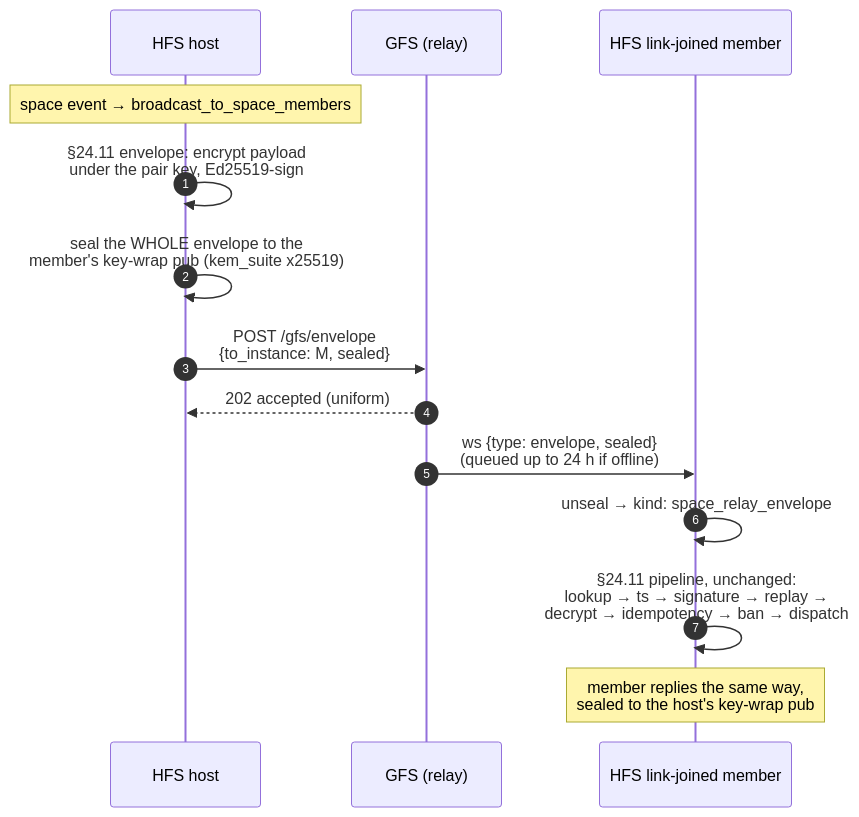
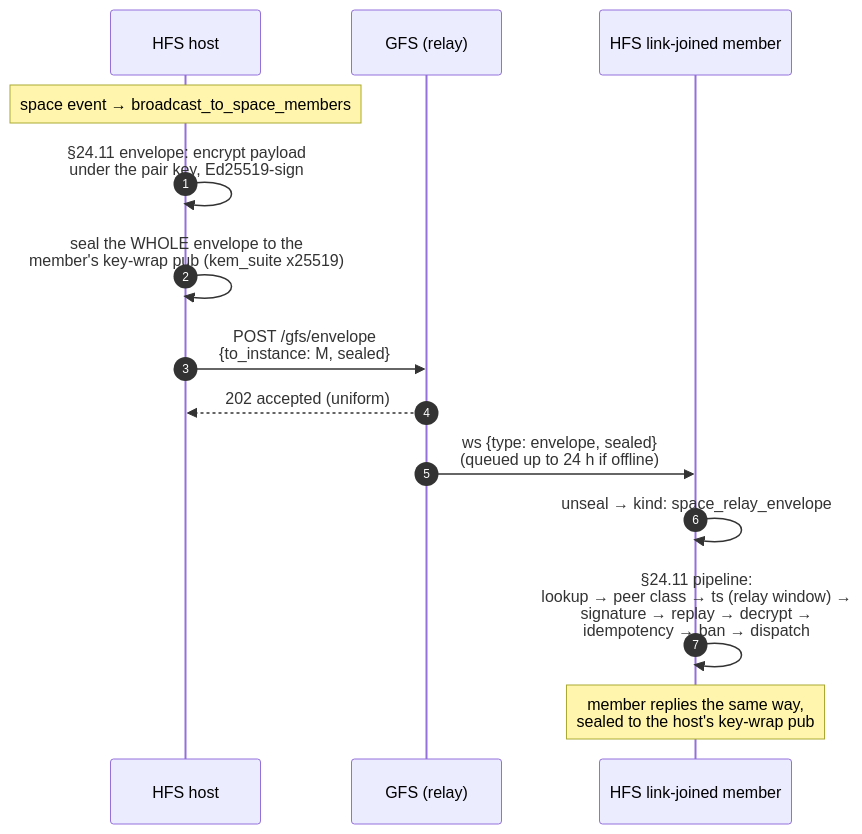
One commit to social-home-io/socialhome changed the third of 5 diagrams in docs/protocol/invites.md. Above: the diagram before and after it, drawn with Mermaid. The commit also changed other lines of this file and 26 other files, not shown here.

````diff
--- a/docs/protocol/invites.md
+++ b/docs/protocol/invites.md
@@ -574,16 +658,16 @@
 ```mermaid
 sequenceDiagram
     autonumber
     participant H as HFS host
     participant G as GFS (relay)
     participant M as HFS link-joined member
     Note over H: space event → broadcast_to_space_members
     H->>H: §24.11 envelope: encrypt payload<br/>under the pair key, Ed25519-sign
     H->>H: seal the WHOLE envelope to the<br/>member's key-wrap pub (kem_suite x25519)
     H->>G: POST /gfs/envelope<br/>{to_instance: M, sealed}
     G-->>H: 202 accepted (uniform)
     G->>M: ws {type: envelope, sealed}<br/>(queued up to 24 h if offline)
     M->>M: unseal → kind: space_relay_envelope
-    M->>M: §24.11 pipeline, unchanged:<br/>lookup → ts → signature → replay →<br/>decrypt → idempotency → ban → dispatch
+    M->>M: §24.11 pipeline:<br/>lookup → peer class → ts (relay window) →<br/>signature → replay → decrypt →<br/>idempotency → ban → dispatch
     Note over M: member replies the same way,<br/>sealed to the host's key-wrap pub
 ```
````
